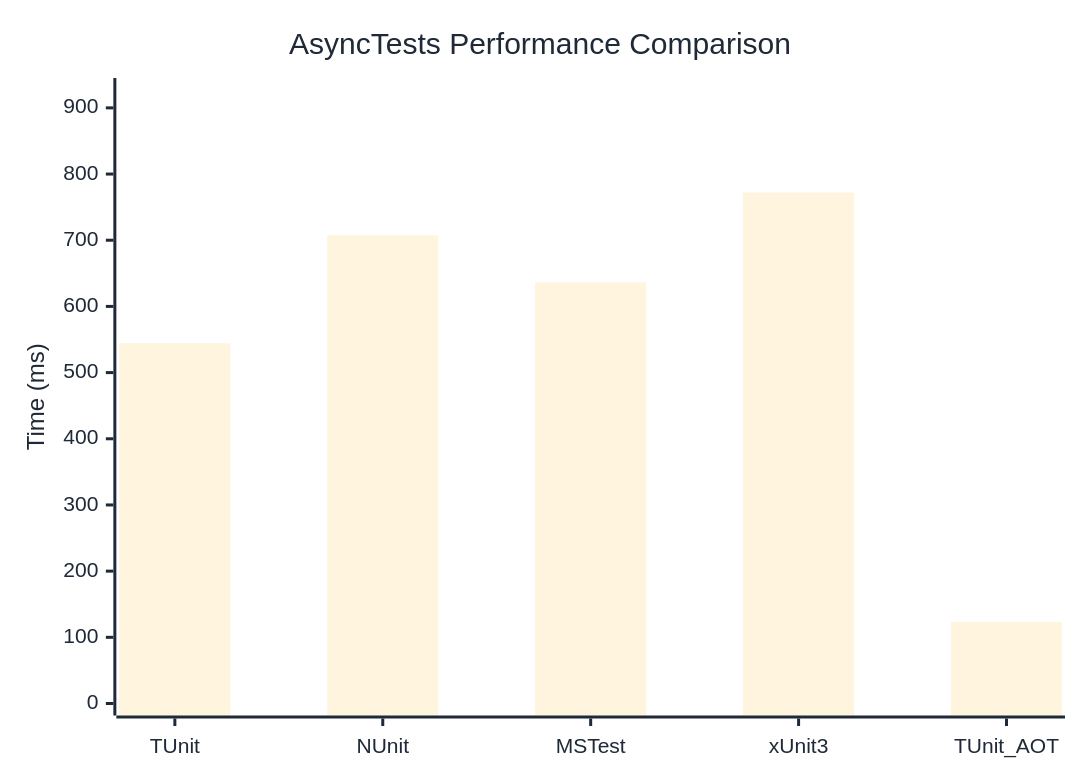
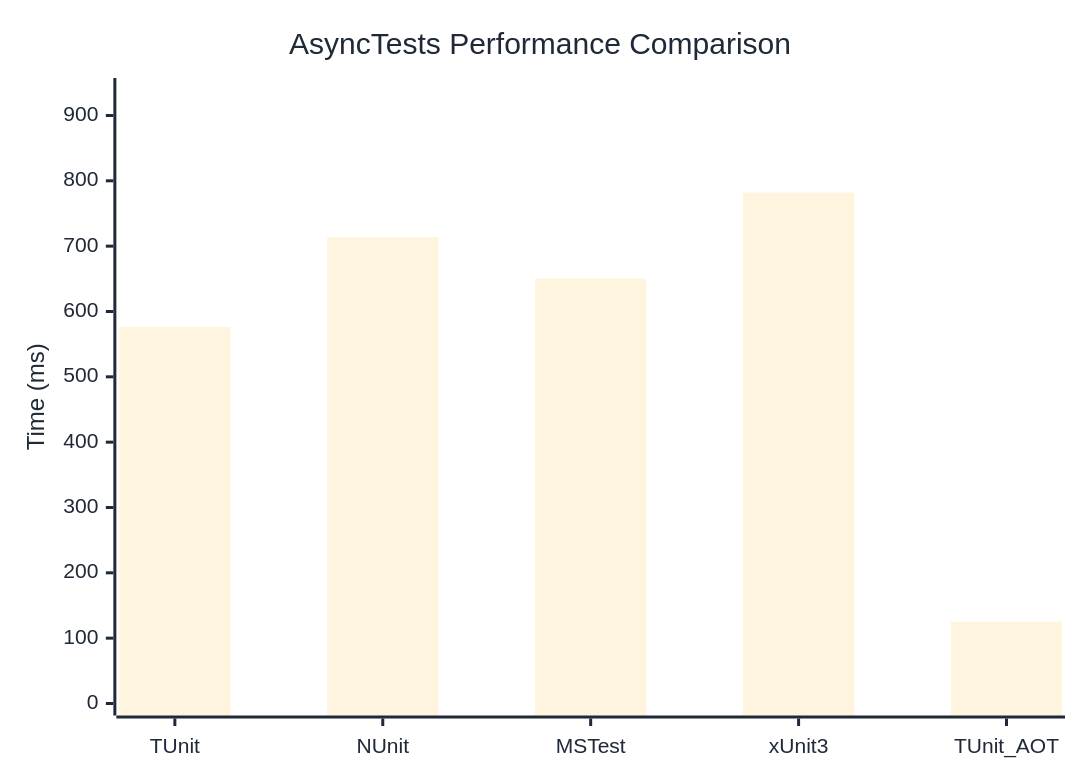
One commit to weiyilai/TUnit changed the diagram in docs/docs/benchmarks/AsyncTests.md. Above: the diagram before and after it, drawn with Mermaid. The commit also changed other lines of this file and 16 other files, not shown here.

````diff
--- a/docs/docs/benchmarks/AsyncTests.md
+++ b/docs/docs/benchmarks/AsyncTests.md
@@ -27,37 +27,37 @@
 ```mermaid
 %%{init: {
   'theme':'base',
   'themeVariables': {
     'primaryColor': '#2563eb',
     'primaryTextColor': '#1f2937',
     'primaryBorderColor': '#1e40af',
     'lineColor': '#6b7280',
     'secondaryColor': '#7c3aed',
     'tertiaryColor': '#dc2626',
     'background': '#ffffff',
     'mainBkg': '#2563eb',
     'secondBkg': '#7c3aed',
     'tertiaryBkg': '#dc2626',
     'clusterBkg': '#f3f4f6',
     'edgeLabelBackground': '#ffffff',
     'tertiaryTextColor': '#1f2937',
     'pie1': '#2563eb',
     'pie2': '#7c3aed',
     'pie3': '#dc2626',
     'pie4': '#f59e0b',
     'pie5': '#10b981',
     'pie6': '#06b6d4',
     'pie7': '#ec4899',
     'pie8': '#6366f1',
     'pie9': '#84cc16',
     'pie10': '#f97316',
     'pie11': '#14b8a6',
     'pie12': '#a855f7'
   }
 }}%%
 xychart-beta
   title "AsyncTests Performance Comparison"
   x-axis ["TUnit", "NUnit", "MSTest", "xUnit3", "TUnit_AOT"]
-  y-axis "Time (ms)" 0 --> 927
-  bar [544.4, 707.5, 636.4, 772, 123.4]
+  y-axis "Time (ms)" 0 --> 939
+  bar [576.4, 713.7, 650.3, 782, 125.2]
 ```
````
